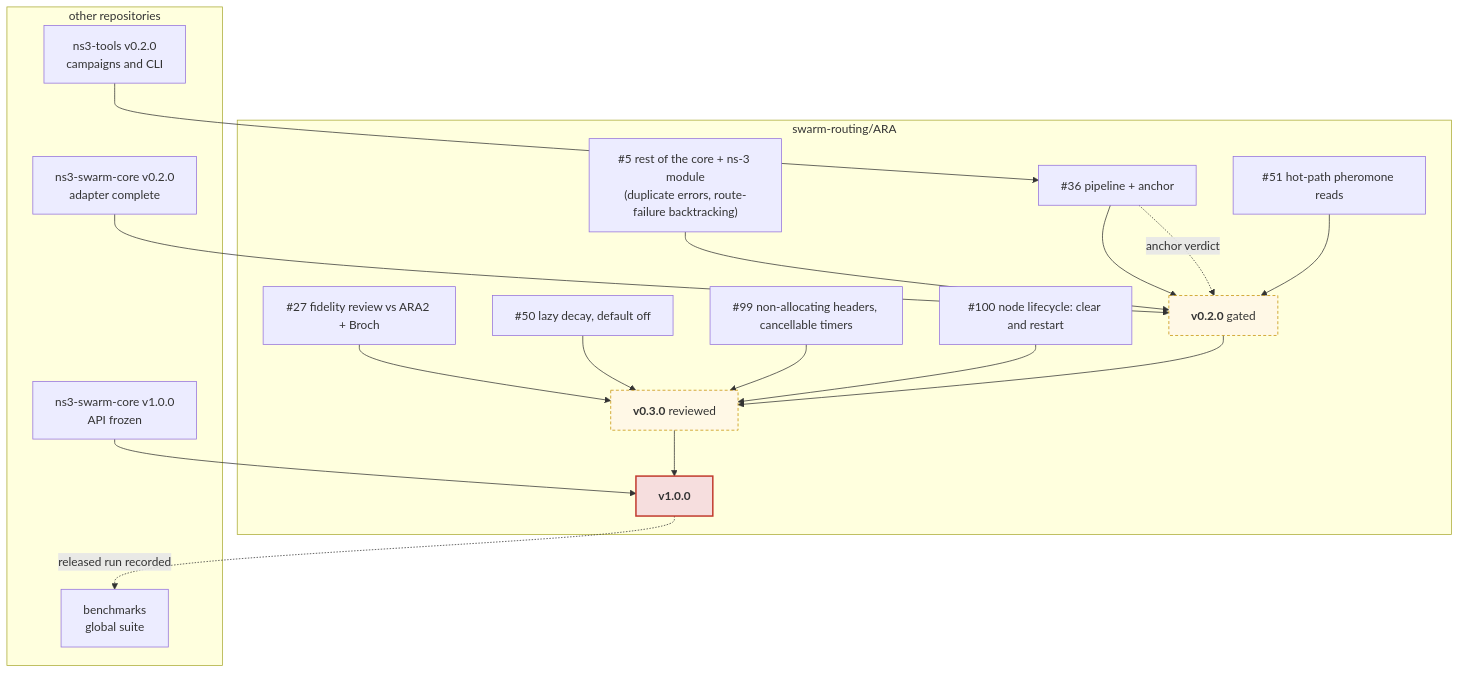
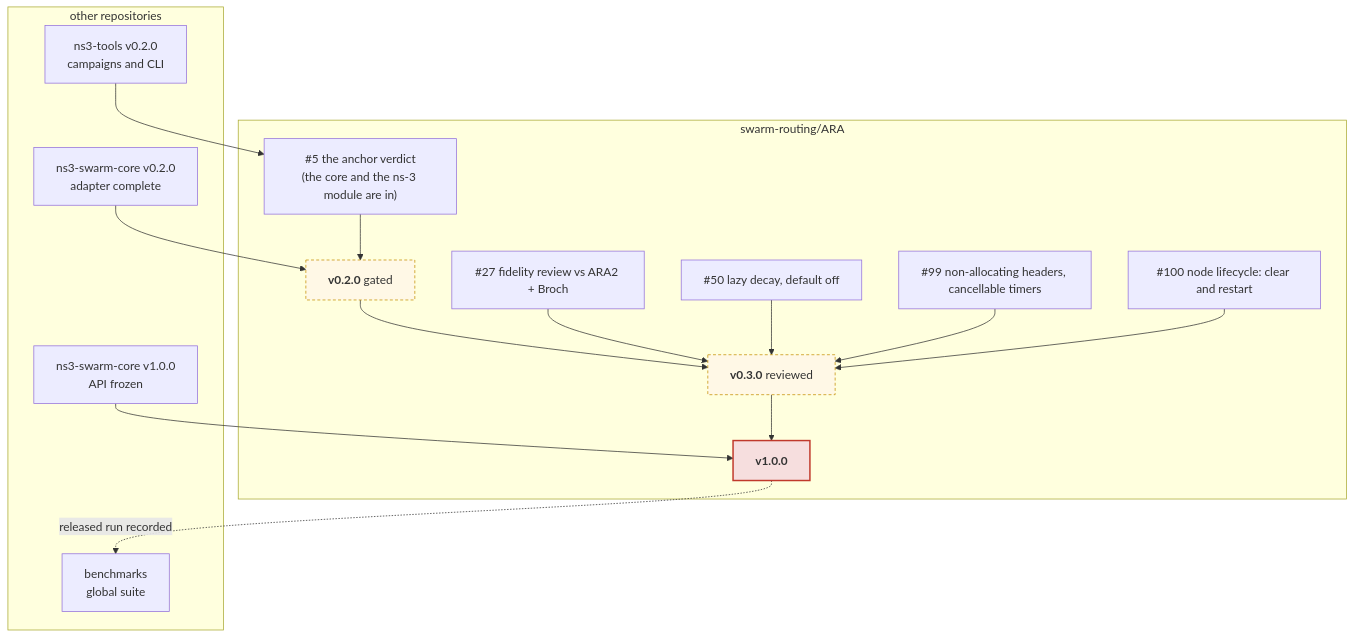
Before and after one commit to swarm-routing/ARA: the second of 2 diagrams in docs/roadmap.md, drawn with Mermaid. The commit also changed other lines of this file and 15 other files, not shown here.

````diff
--- a/docs/roadmap.md
+++ b/docs/roadmap.md
@@ -55,40 +55,35 @@
 ```mermaid
 flowchart TB
     subgraph ARA["swarm-routing/ARA"]
-        I5["#5 rest of the core + ns-3 module<br/>(duplicate errors, route-failure backtracking)"]
-        I36["#36 pipeline + anchor"]
-        I51["#51 hot-path pheromone reads"]
+        I5["#5 the anchor verdict<br/>(the core and the ns-3 module are in)"]
         I27["#27 fidelity review vs ARA2 + Broch"]
         I50["#50 lazy decay, default off"]
         I99["#99 non-allocating headers, cancellable timers"]
         I100["#100 node lifecycle: clear and restart"]
         V02["<b>v0.2.0</b> gated"]
         V03["<b>v0.3.0</b> reviewed"]
         V10["<b>v1.0.0</b>"]
     end
     subgraph XR["other repositories"]
         T02["ns3-tools v0.2.0<br/>campaigns and CLI"]
         S02["ns3-swarm-core v0.2.0<br/>adapter complete"]
         S10["ns3-swarm-core v1.0.0<br/>API frozen"]
         BM["benchmarks<br/>global suite"]
     end
 
     I5 --> V02
-    I36 --> V02
-    I51 --> V02
-    T02 --> I36
+    T02 --> I5
     S02 --> V02
-    I36 -.->|"anchor verdict"| V02
     V02 --> V03
     I27 --> V03
     I50 --> V03
     I99 --> V03
     I100 --> V03
     V03 --> V10
     S10 --> V10
     V10 -.->|"released run recorded"| BM
 
     style V02 fill:#fff8e6,stroke:#c48f00,stroke-dasharray:4 3
     style V03 fill:#fff8e6,stroke:#c48f00,stroke-dasharray:4 3
     style V10 fill:#f6dede,stroke:#c0392b,stroke-width:2px
 ```
````
